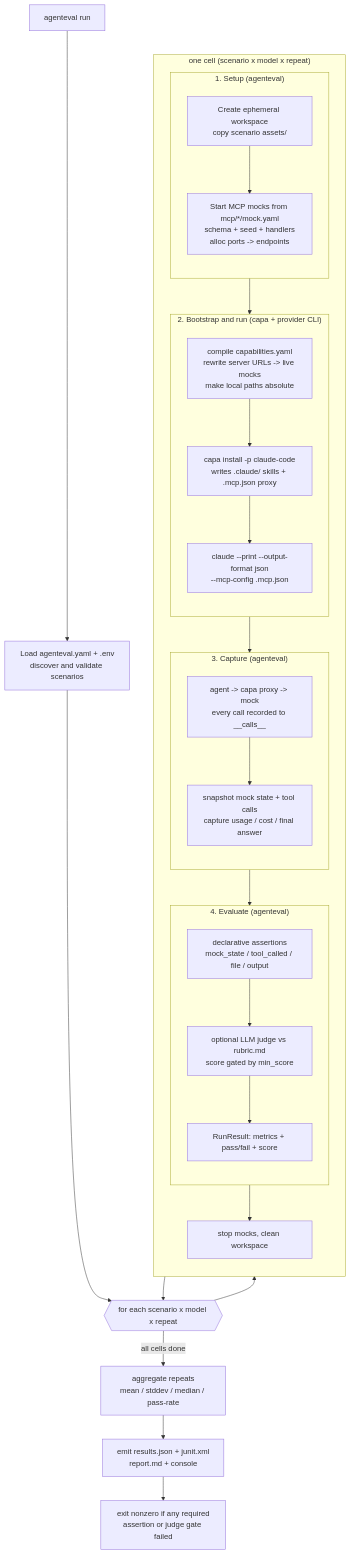
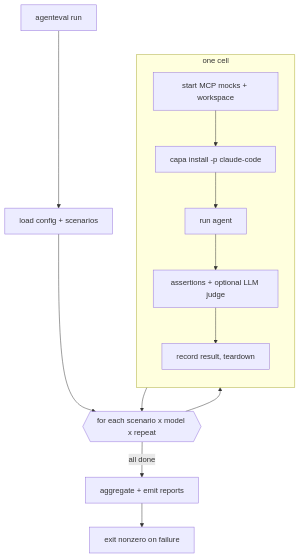
Before and after one commit to Minitour/agenteval: the diagram in README.md, drawn with Mermaid.

Commit message:
Simplify the how-it-works diagram
Replace the nested phase subgraphs with a concise linear flow: load -> per-cell
loop (mocks/install/run/assert/teardown) -> aggregate -> exit.

````diff
--- a/README.md
+++ b/README.md
@@ -27,50 +27,18 @@
 ```mermaid
 flowchart TD
-  CLI["agenteval run"] --> Load["Load agenteval.yaml + .env<br/>discover and validate scenarios"]
-  Load --> Loop{{"for each scenario x model x repeat"}}
+  A["agenteval run"] --> B["load config + scenarios"]
+  B --> C{{"for each scenario x model x repeat"}}
 
-  subgraph Cell["one cell (scenario x model x repeat)"]
+  subgraph Cell["one cell"]
     direction TB
-
-    subgraph Setup["1. Setup (agenteval)"]
-      direction TB
-      WS["Create ephemeral workspace<br/>copy scenario assets/"]
-      Mocks["Start MCP mocks from mcp/*/mock.yaml<br/>schema + seed + handlers<br/>alloc ports -&gt; endpoints"]
-      WS --> Mocks
-    end
-
-    subgraph Boot["2. Bootstrap and run (capa + provider CLI)"]
-      direction TB
-      Compile["compile capabilities.yaml<br/>rewrite server URLs -&gt; live mocks<br/>make local paths absolute"]
-      Install["capa install -p claude-code<br/>writes .claude/ skills + .mcp.json proxy"]
-      Run["claude --print --output-format json<br/>--mcp-config .mcp.json"]
-      Compile --> Install --> Run
-    end
-
-    subgraph Capture["3. Capture (agenteval)"]
-      direction TB
-      Calls["agent -&gt; capa proxy -&gt; mock<br/>every call recorded to __calls__"]
-      Snap["snapshot mock state + tool calls<br/>capture usage / cost / final answer"]
-      Calls --> Snap
-    end
-
-    subgraph Eval["4. Evaluate (agenteval)"]
-      direction TB
-      Assert["declarative assertions<br/>mock_state / tool_called / file / output"]
-      Judge["optional LLM judge vs rubric.md<br/>score gated by min_score"]
-      Record["RunResult: metrics + pass/fail + score"]
-      Assert --> Judge --> Record
-    end
-
-    Teardown["stop mocks, clean workspace"]
-
-    Setup --> Boot --> Capture --> Eval --> Teardown
+    D["start MCP mocks + workspace"] --> E["capa install -p claude-code"]
+    E --> F["run agent"]
+    F --> G["assertions + optional LLM judge"]
+    G --> H["record result, teardown"]
   end
 
-  Loop --> Cell
-  Teardown --> Loop
-
-  Loop -->|all cells done| Agg["aggregate repeats<br/>mean / stddev / median / pass-rate"]
-  Agg --> Report["emit results.json + junit.xml<br/>report.md + console"]
-  Report --> Exit["exit nonzero if any required<br/>assertion or judge gate failed"]
+  C --> Cell
+  H --> C
+  C -->|all done| I["aggregate + emit reports"]
+  I --> J["exit nonzero on failure"]
 ```
````
